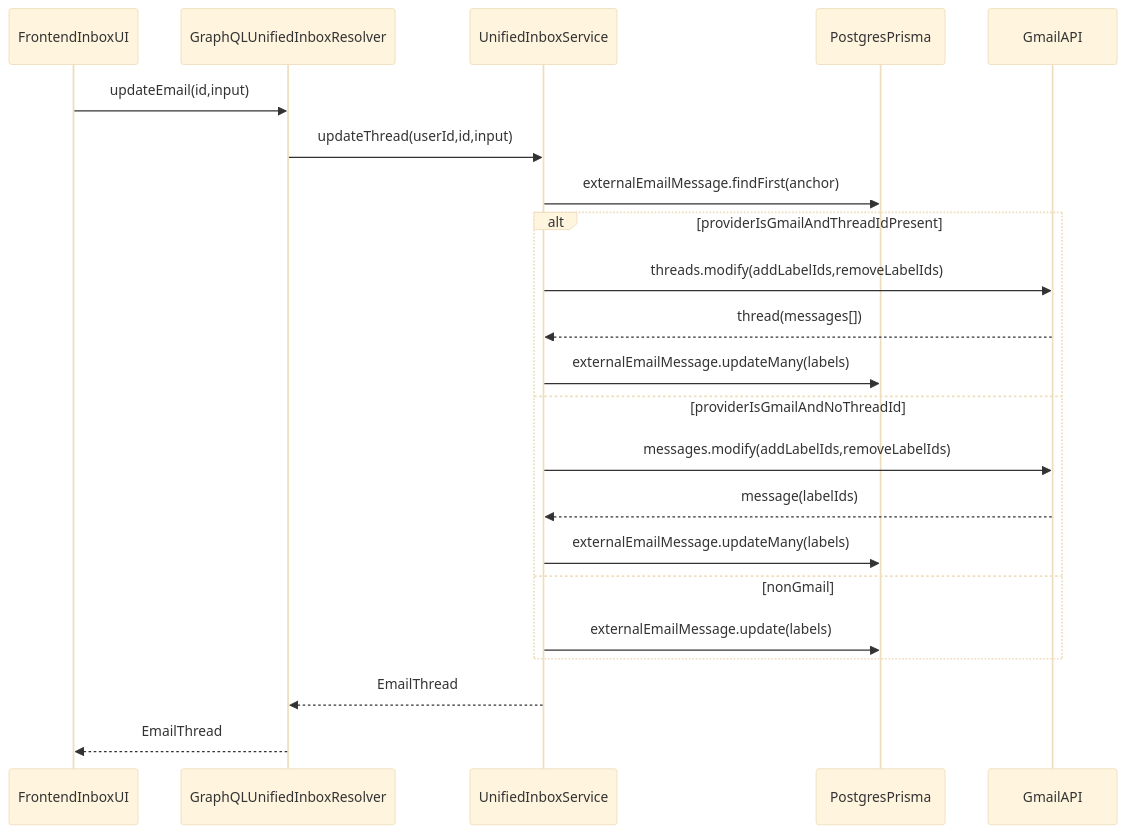
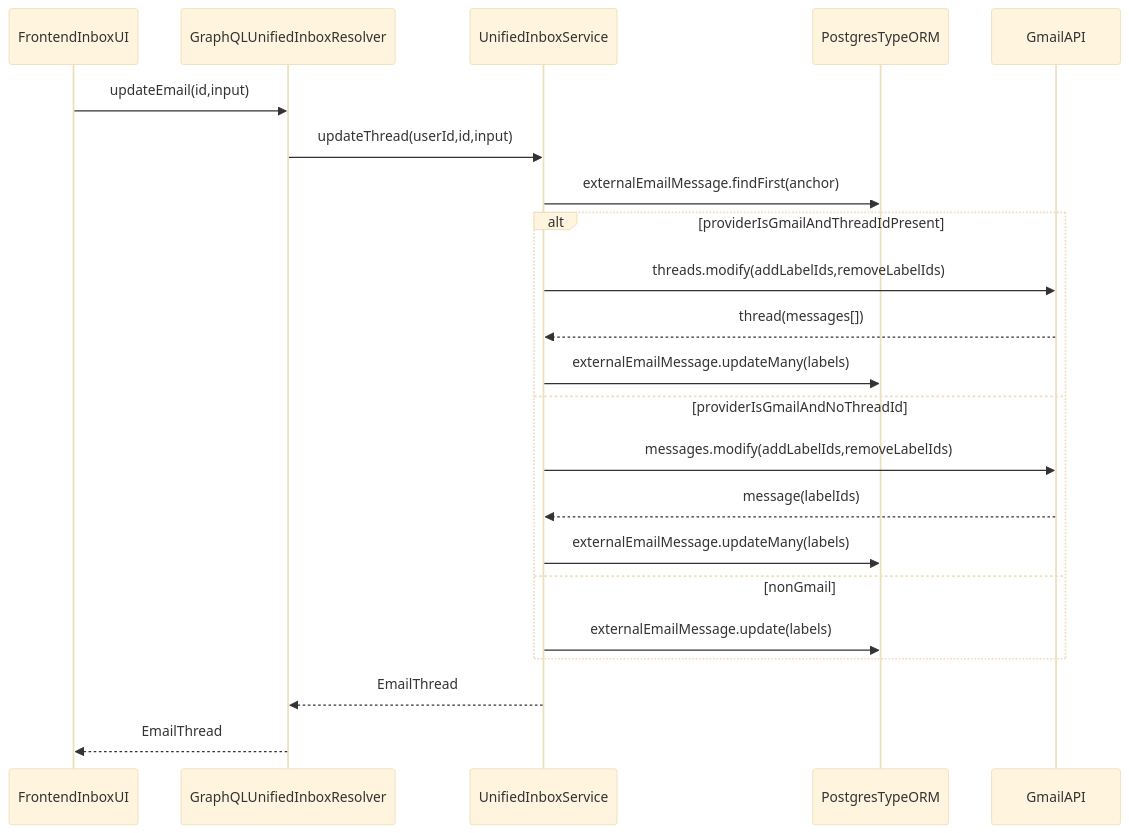
One commit to AmanVatsSharma/MailZen-Smart-Email-Management changed the second of 2 diagrams in apps/backend/src/unified-inbox/README.md. Above: the diagram before and after it, drawn with Mermaid (base theme). The commit also changed other lines of this file and 1 other file, not shown here.

````diff
--- a/apps/backend/src/unified-inbox/README.md
+++ b/apps/backend/src/unified-inbox/README.md
@@ -87,25 +87,25 @@
 ```mermaid
 sequenceDiagram
   participant UI as FrontendInboxUI
   participant GQL as GraphQLUnifiedInboxResolver
   participant SVC as UnifiedInboxService
-  participant DB as PostgresPrisma
+  participant DB as PostgresTypeORM
   participant Gmail as GmailAPI
 
   UI->>GQL: updateEmail(id,input)
   GQL->>SVC: updateThread(userId,id,input)
   SVC->>DB: externalEmailMessage.findFirst(anchor)
   alt providerIsGmailAndThreadIdPresent
     SVC->>Gmail: threads.modify(addLabelIds,removeLabelIds)
     Gmail-->>SVC: thread(messages[])
     SVC->>DB: externalEmailMessage.updateMany(labels)
   else providerIsGmailAndNoThreadId
     SVC->>Gmail: messages.modify(addLabelIds,removeLabelIds)
     Gmail-->>SVC: message(labelIds)
     SVC->>DB: externalEmailMessage.updateMany(labels)
   else nonGmail
     SVC->>DB: externalEmailMessage.update(labels)
   end
   SVC-->>GQL: EmailThread
   GQL-->>UI: EmailThread
 ```
````
